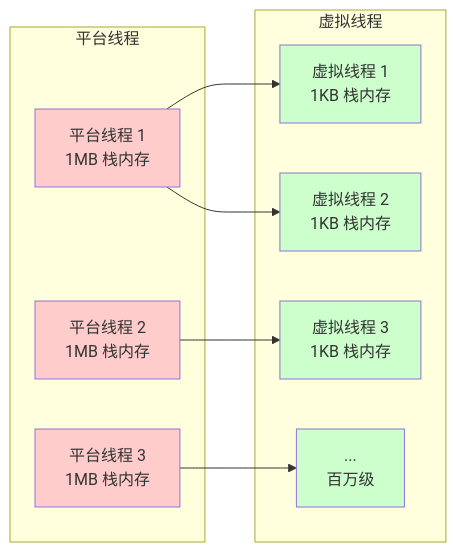
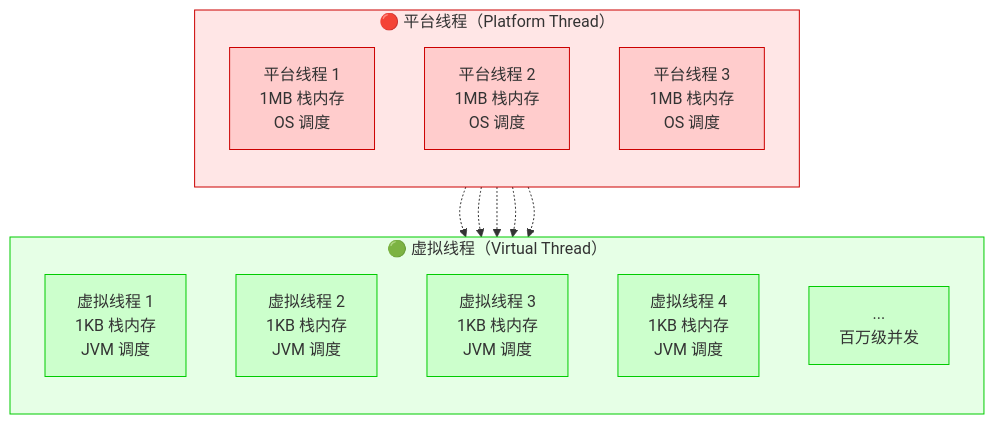
One commit to KasonLee-marker/interview-prep changed the diagram in backend-basics/Java 新特性.md. Above: the diagram before and after it, drawn with Mermaid. The commit also changed other lines of this file, not shown here.

Commit message:
refactor: 修复平台线程 vs 虚拟线程对比图，左右分开展示

````diff
--- a/backend-basics/Java 新特性.md
+++ b/backend-basics/Java 新特性.md
@@ -50,28 +50,35 @@
 ```mermaid
-graph LR
-    subgraph 平台线程
-        PT1[平台线程 1<br/>1MB 栈内存]
-        PT2[平台线程 2<br/>1MB 栈内存]
-        PT3[平台线程 3<br/>1MB 栈内存]
+graph TB
+    subgraph 平台线程["🔴 平台线程（Platform Thread）"]
+        direction TB
+        P1[平台线程 1<br/>1MB 栈内存<br/>OS 调度]
+        P2[平台线程 2<br/>1MB 栈内存<br/>OS 调度]
+        P3[平台线程 3<br/>1MB 栈内存<br/>OS 调度]
     end
     
-    subgraph 虚拟线程
-        VT1[虚拟线程 1<br/>1KB 栈内存]
-        VT2[虚拟线程 2<br/>1KB 栈内存]
-        VT3[虚拟线程 3<br/>1KB 栈内存]
-        VT4[...<br/>百万级]
+    subgraph 虚拟线程["🟢 虚拟线程（Virtual Thread）"]
+        direction TB
+        V1[虚拟线程 1<br/>1KB 栈内存<br/>JVM 调度]
+        V2[虚拟线程 2<br/>1KB 栈内存<br/>JVM 调度]
+        V3[虚拟线程 3<br/>1KB 栈内存<br/>JVM 调度]
+        V4[虚拟线程 4<br/>1KB 栈内存<br/>JVM 调度]
+        V5[...<br/>百万级并发]
     end
     
-    PT1 --> VT1
-    PT1 --> VT2
-    PT2 --> VT3
-    PT3 --> VT4
+    P1 -.-> V1
+    P1 -.-> V2
+    P2 -.-> V3
+    P3 -.-> V4
+    P3 -.-> V5
     
-    style PT1 fill:#ffcccc
-    style PT2 fill:#ffcccc
-    style PT3 fill:#ffcccc
-    style VT1 fill:#ccffcc
-    style VT2 fill:#ccffcc
-    style VT3 fill:#ccffcc
-    style VT4 fill:#ccffcc
+    style 平台线程 fill:#ffe6e6,stroke:#cc0000
+    style 虚拟线程 fill:#e6ffe6,stroke:#00cc00
+    style P1 fill:#ffcccc,stroke:#cc0000
+    style P2 fill:#ffcccc,stroke:#cc0000
+    style P3 fill:#ffcccc,stroke:#cc0000
+    style V1 fill:#ccffcc,stroke:#00cc00
+    style V2 fill:#ccffcc,stroke:#00cc00
+    style V3 fill:#ccffcc,stroke:#00cc00
+    style V4 fill:#ccffcc,stroke:#00cc00
+    style V5 fill:#ccffcc,stroke:#00cc00
 ```
````
